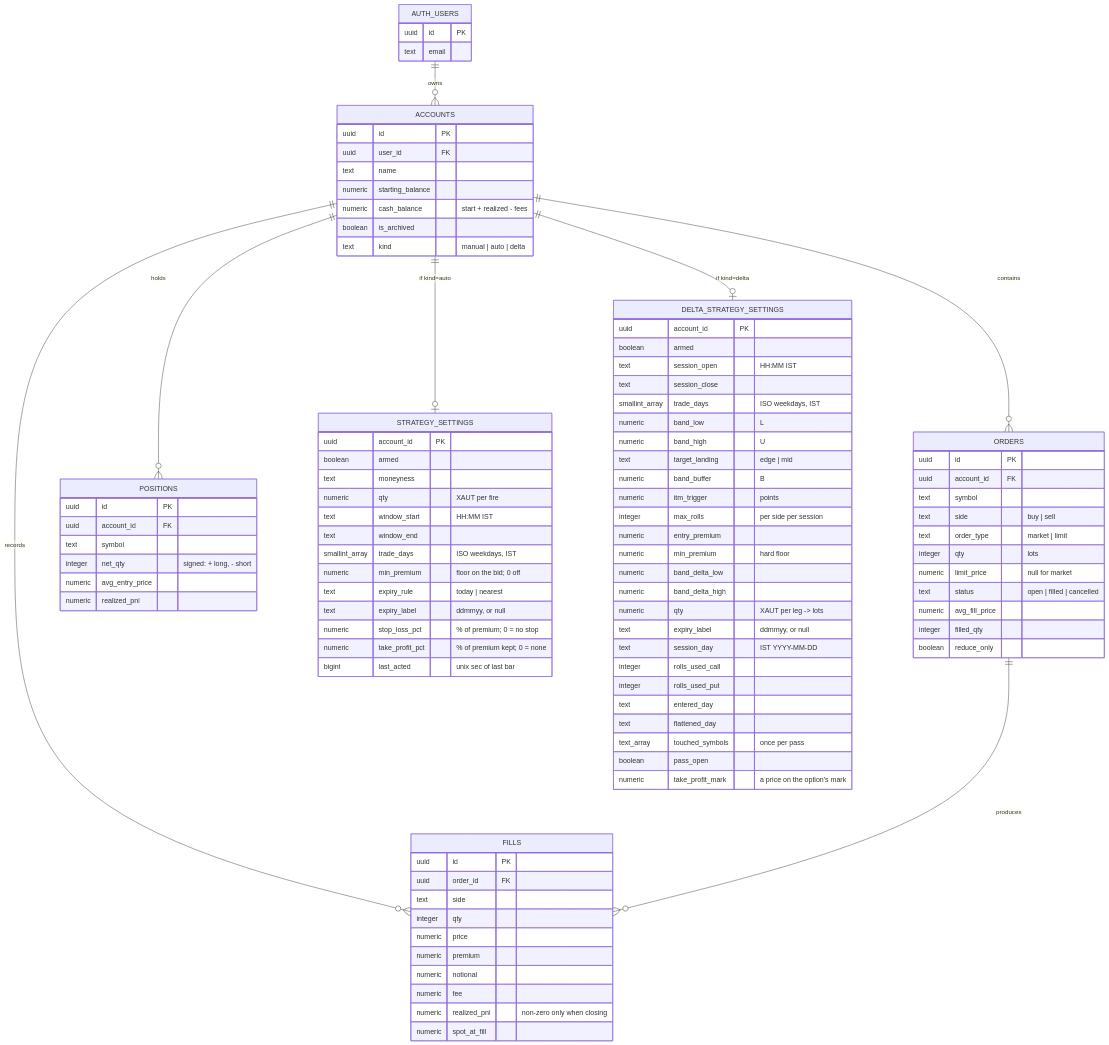
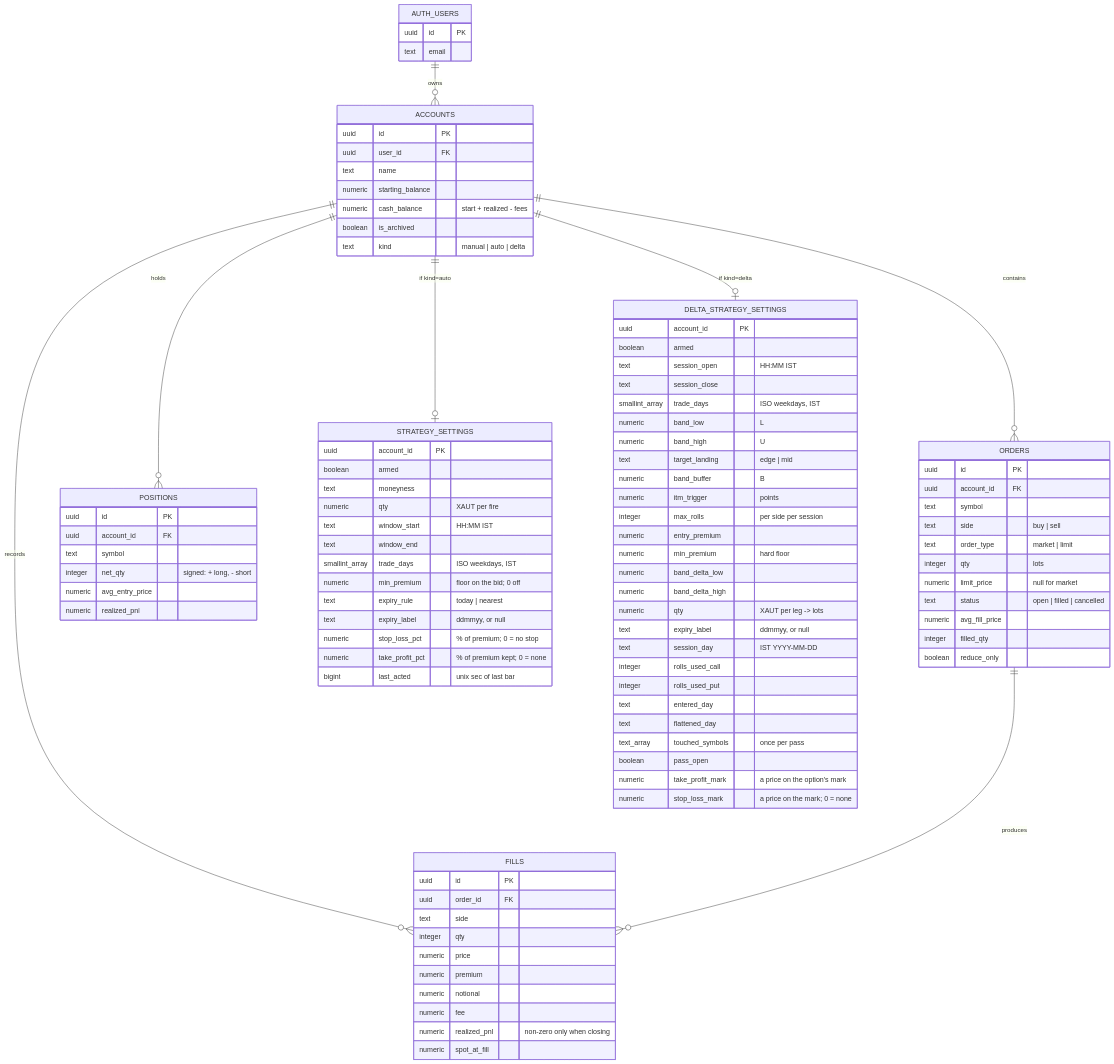
Before and after one commit to Vitti-Capital-Tech/XAUT-Options: the first of 6 diagrams in docs/LLD.md, drawn with Mermaid. The commit also changed 6 other files, not shown here.

```diff
--- a/docs/LLD.md
+++ b/docs/LLD.md
@@ -105,6 +105,7 @@
         text_array touched_symbols "once per pass"
         boolean pass_open
         numeric take_profit_mark "a price on the option's mark"
+        numeric stop_loss_mark "a price on the mark; 0 = none"
     }
     ORDERS {
         uuid id PK
```
